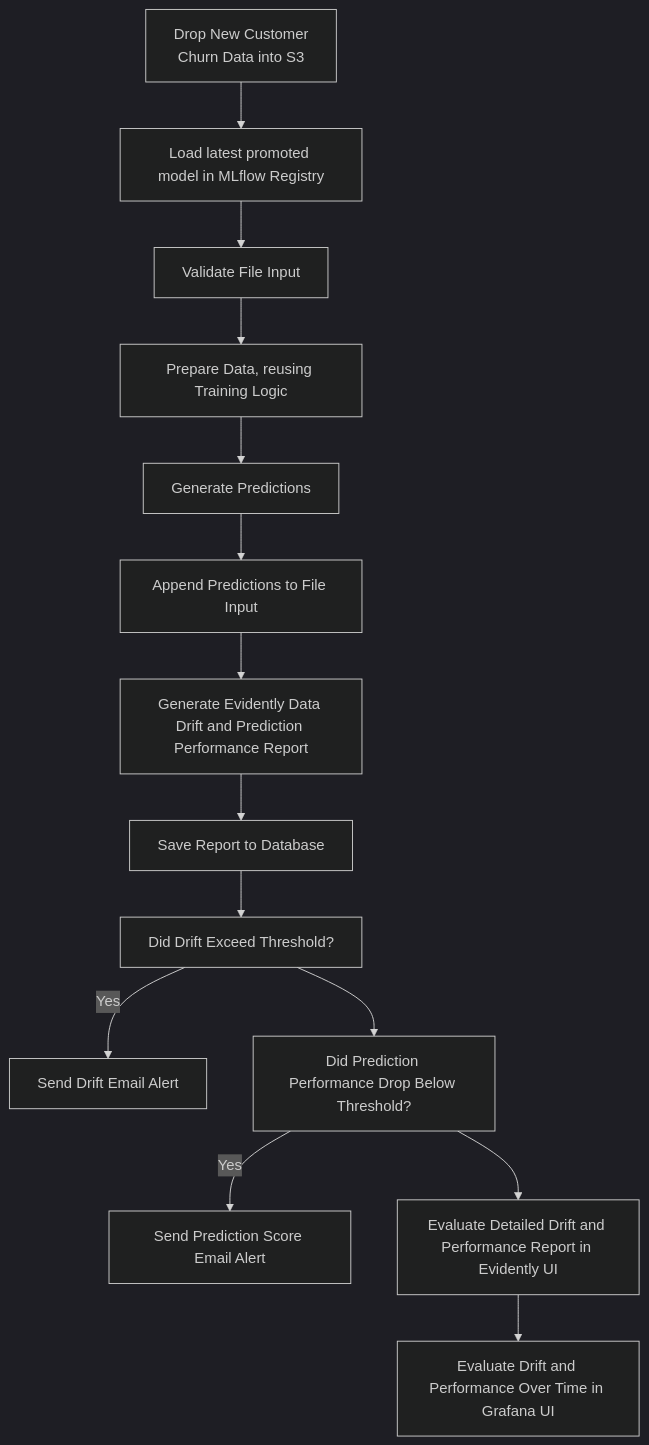
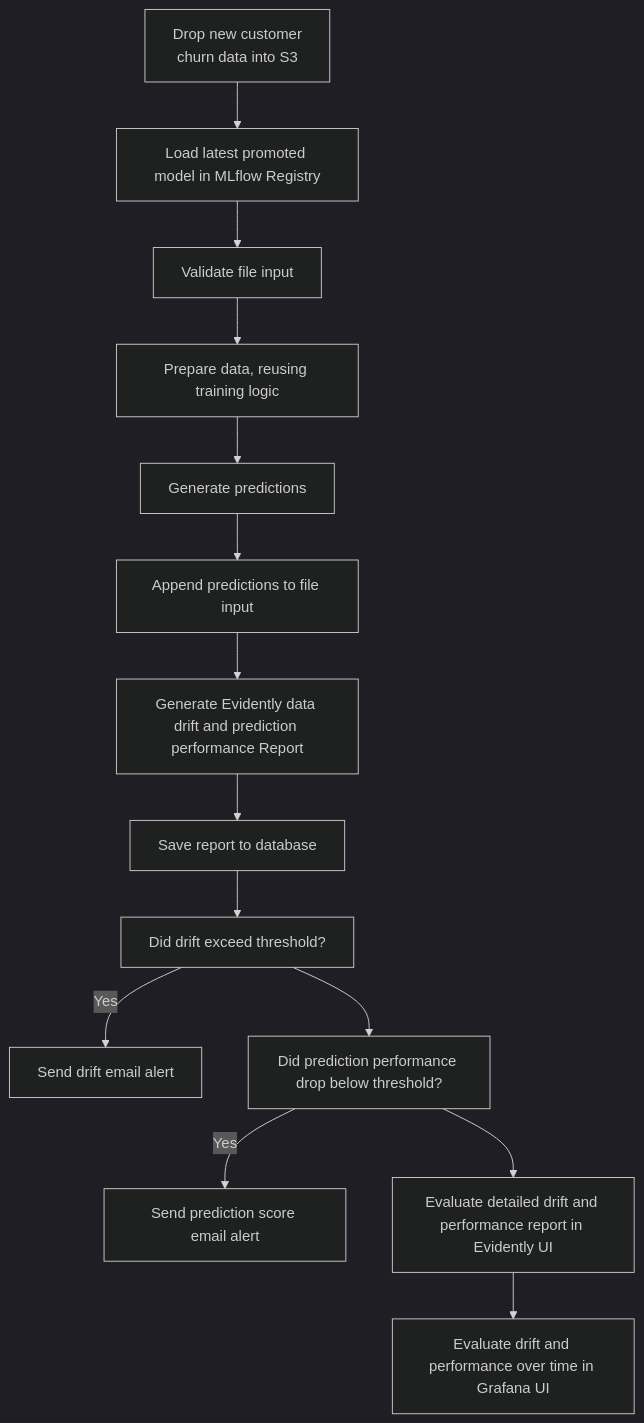
One commit to paultongyoo/churn-model-evaluation-platform changed the second of 3 diagrams in README.md. Above: the diagram before and after it, drawn with Mermaid (dark theme). The commit also changed other lines of this file, not shown here.

````diff
--- a/README.md
+++ b/README.md
@@ -92,20 +92,20 @@
 ```mermaid
 flowchart TD
-    A[Drop New Customer<br/>Churn Data into S3]
+    A[Drop new customer<br/>churn data into S3]
     B[Load latest promoted model in MLflow Registry]
-    C[Validate File Input]
-    D[Prepare Data, reusing Training Logic]
-    E[Generate Predictions]
-    F[Append Predictions to File Input]
-    G[Generate Evidently Data Drift and Prediction Performance Report]
-    H[Save Report to Database]
-    I[Did Drift Exceed Threshold?]
-    J[Send Drift Email Alert]
-    K[Did Prediction Performance Drop Below Threshold?]
-    L[Send Prediction Score Email Alert]
-    M[Evaluate Detailed Drift and Performance Report in Evidently UI]
-    N[Evaluate Drift and Performance Over Time in Grafana UI]
+    C[Validate file input]
+    D[Prepare data, reusing training logic]
+    E[Generate predictions]
+    F[Append predictions to file input]
+    G[Generate Evidently data drift and prediction performance Report]
+    H[Save report to database]
+    I[Did drift exceed threshold?]
+    J[Send drift email alert]
+    K[Did prediction performance drop below threshold?]
+    L[Send prediction score email alert]
+    M[Evaluate detailed drift and performance report in Evidently UI]
+    N[Evaluate drift and performance over time in Grafana UI]
     A-->B-->C-->D-->E-->F-->G-->H-->I-->K-->M-->N;
     I--> |Yes| J;
     K--> |Yes| L;
 ```
````
